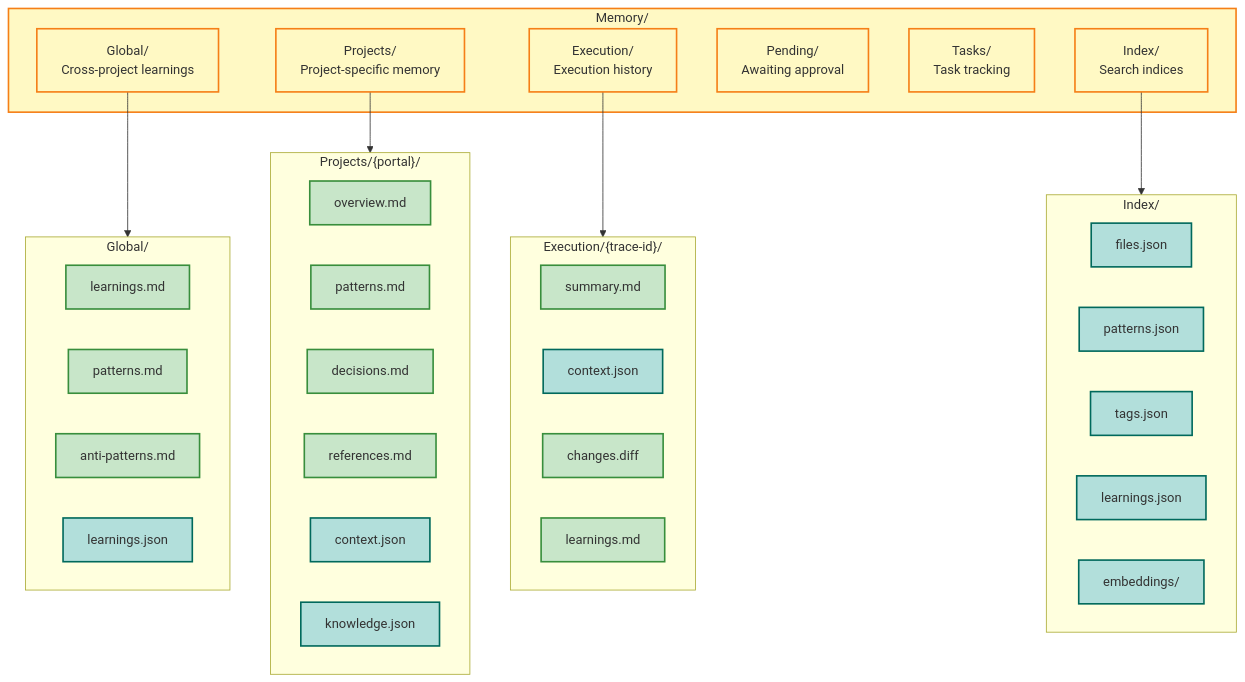
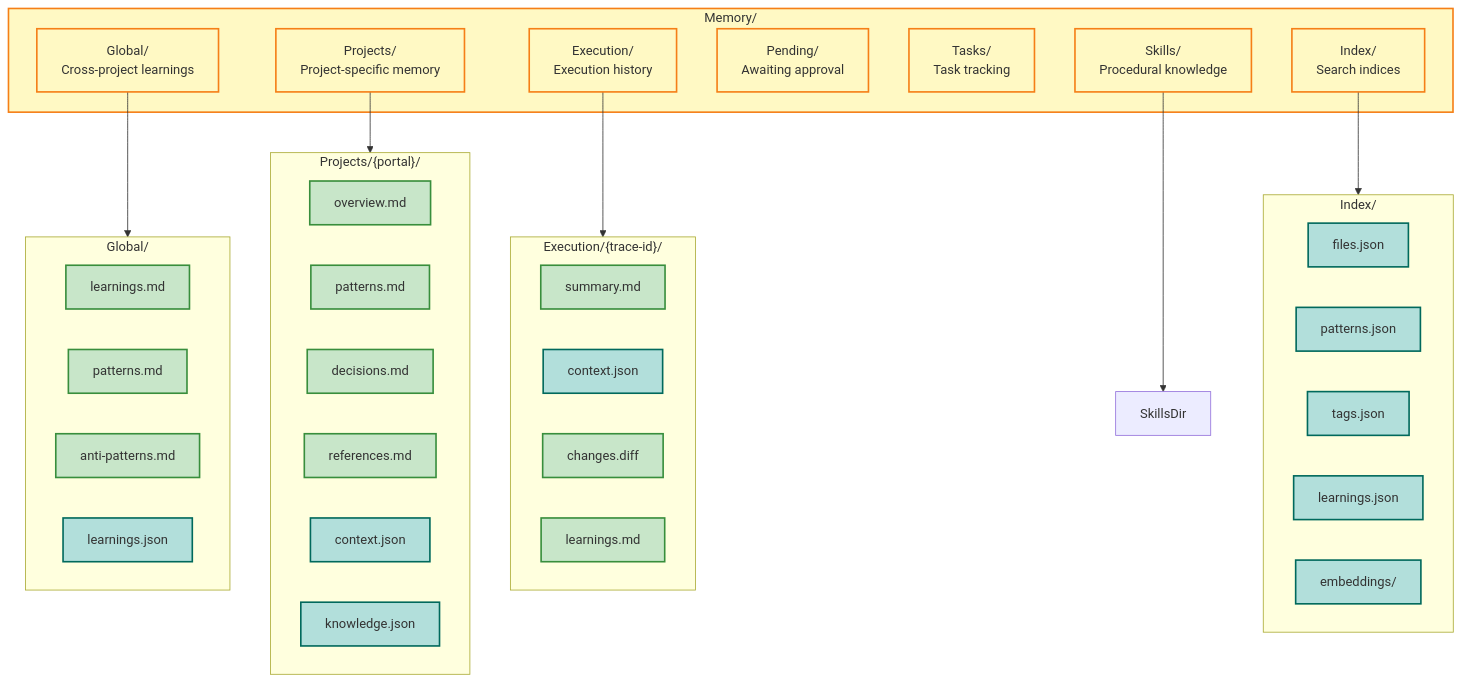
One commit to dostark/exaix changed the tenth of 19 diagrams in ARCHITECTURE.md. Above: the diagram before and after it, drawn with Mermaid. The commit also changed other lines of this file and 17 other files, not shown here.

````diff
--- a/ARCHITECTURE.md
+++ b/ARCHITECTURE.md
@@ -1149,55 +1150,57 @@
 ```mermaid
 graph TB
     subgraph Memory["Memory/"]
         Global["Global/<br/>Cross-project learnings"]
         Projects["Projects/<br/>Project-specific memory"]
         Execution["Execution/<br/>Execution history"]
         Pending["Pending/<br/>Awaiting approval"]
         Tasks["Tasks/<br/>Task tracking"]
+        Skills["Skills/<br/>Procedural knowledge"]
         Index["Index/<br/>Search indices"]
     end
 
     subgraph ProjectMem["Projects/{portal}/"]
         Overview["overview.md"]
         Patterns["patterns.md"]
         Decisions["decisions.md"]
         References["references.md"]
         ContextJson["context.json"]
         Knowledge["knowledge.json"]
     end
 
     subgraph ExecMem["Execution/{trace-id}/"]
         Summary["summary.md"]
         Context["context.json"]
         Changes["changes.diff"]
         Learnings["learnings.md"]
     end
 
     subgraph GlobalMem["Global/"]
         GLearnings["learnings.md"]
         GPatterns["patterns.md"]
         GAnti["anti-patterns.md"]
         GJson["learnings.json"]
     end
 
     subgraph IndexDir["Index/"]
         Files["files.json"]
         PatIdx["patterns.json"]
         Tags["tags.json"]
         LearnIdx["learnings.json"]
         Embed["embeddings/"]
     end
 
     Projects --> ProjectMem
     Execution --> ExecMem
     Global --> GlobalMem
+    Skills --> SkillsDir
     Index --> IndexDir
 
     classDef dir fill:#fff9c4,stroke:#f57f17,stroke-width:2px
     classDef file fill:#c8e6c9,stroke:#388e3c,stroke-width:2px
     classDef json fill:#b2dfdb,stroke:#00695c,stroke-width:2px
 
-    class Memory,Global,Projects,Execution,Pending,Tasks,Index dir
+    class Memory,Global,Projects,Execution,Pending,Tasks,Skills,Index dir
     class Overview,Patterns,Decisions,References,Summary,Changes,Learnings,GLearnings,GPatterns,GAnti file
     class ContextJson,Context,GJson,Files,PatIdx,Tags,LearnIdx,Embed,Knowledge json
 ```
````
